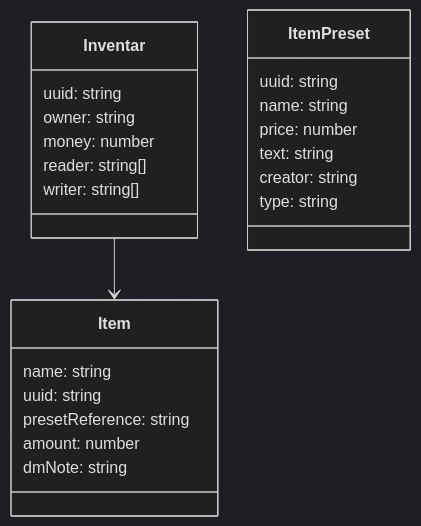
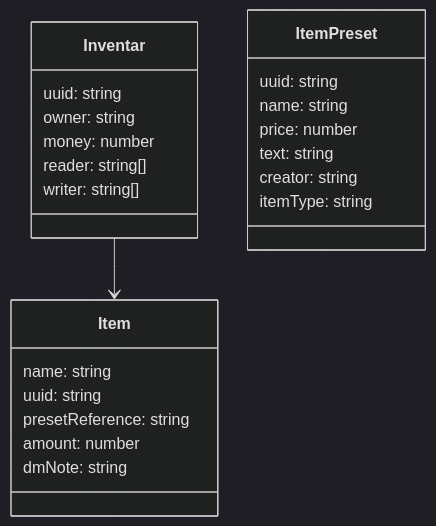
Before and after one commit to NamelessGroup/InventarWerk: the diagram in README.md, drawn with Mermaid (dark theme). The commit also changed 1 other file, not shown here.

Commit message:
added model to backend and renamed type to itemType (in ItemPreset)

````diff
--- a/README.md
+++ b/README.md
@@ -15,29 +15,29 @@
 ```mermaid
 classDiagram
     class Inventar {
         uuid: string
         owner: string
         money: number
         reader: string[]
         writer: string[]
     }
 
     class ItemPreset {
         uuid: string
         name: string
         price: number
         text: string
         creator: string
-        type: string
+        itemType: string
     }
 
     class Item {
         name: string
         uuid: string
         presetReference: string
         amount: number
         dmNote: string
     }
 
     Inventar --> Item
 ```
````
